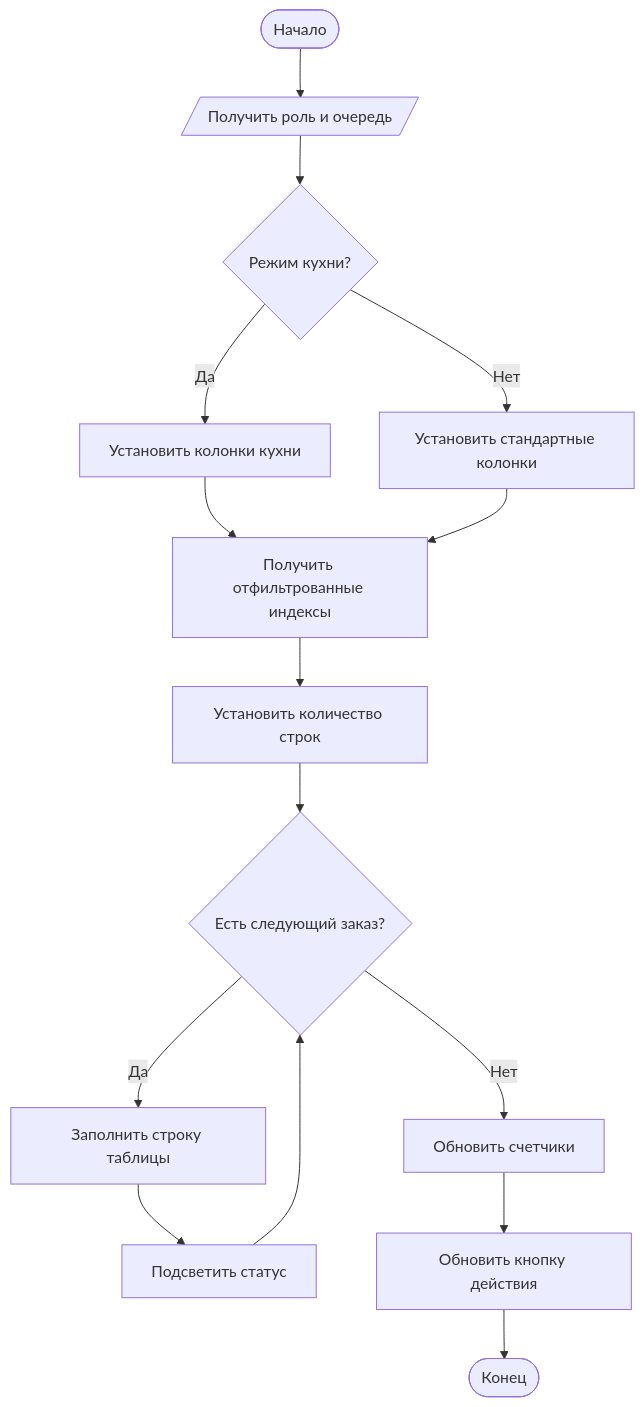
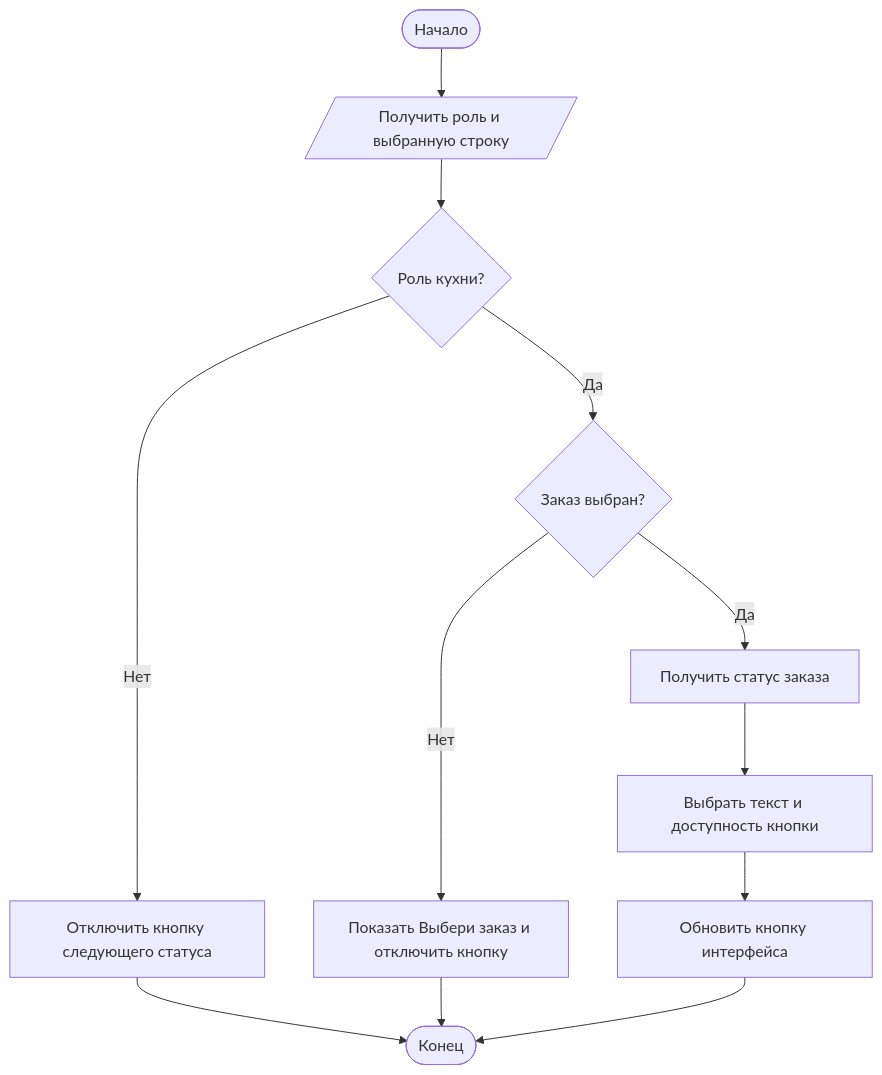
The fifth of 6 diagrams in docs/kitchen_functions.md (jakepz12/GastroSoft-course-work-), drawn with Mermaid before and after one commit. The commit also changed other lines of this file and 2 other files, not shown here.

````diff
--- a/docs/kitchen_functions.md
+++ b/docs/kitchen_functions.md
@@ -210,17 +286,14 @@
 ```mermaid
 flowchart TD
-    A([Начало]) --> B[/Получить роль и очередь/]
-    B --> C{Режим кухни?}
-    C -- Да --> D[Установить колонки кухни]
-    C -- Нет --> E[Установить стандартные колонки]
-    D --> F[Получить отфильтрованные индексы]
-    E --> F
-    F --> G[Установить количество строк]
-    G --> H{Есть следующий заказ?}
-    H -- Да --> I[Заполнить строку таблицы]
-    I --> J[Подсветить статус]
-    J --> H
-    H -- Нет --> K[Обновить счетчики]
-    K --> L[Обновить кнопку действия]
-    L --> M([Конец])
+    A([Начало]) --> B[/Получить роль и выбранную строку/]
+    B --> C{Роль кухни?}
+    C -- Нет --> D[Отключить кнопку следующего статуса]
+    C -- Да --> E{Заказ выбран?}
+    E -- Нет --> F[Показать Выбери заказ и отключить кнопку]
+    E -- Да --> G[Получить статус заказа]
+    G --> H[Выбрать текст и доступность кнопки]
+    H --> I[Обновить кнопку интерфейса]
+    D --> J([Конец])
+    F --> J
+    I --> J
 ```
````
